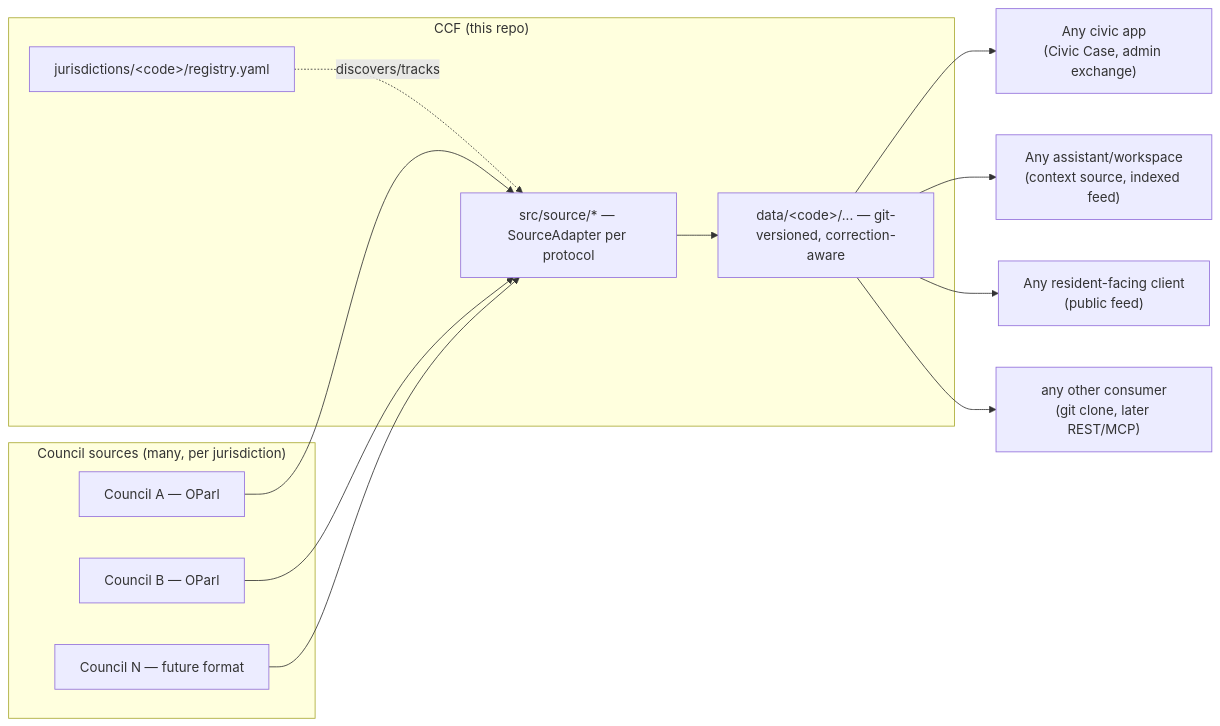
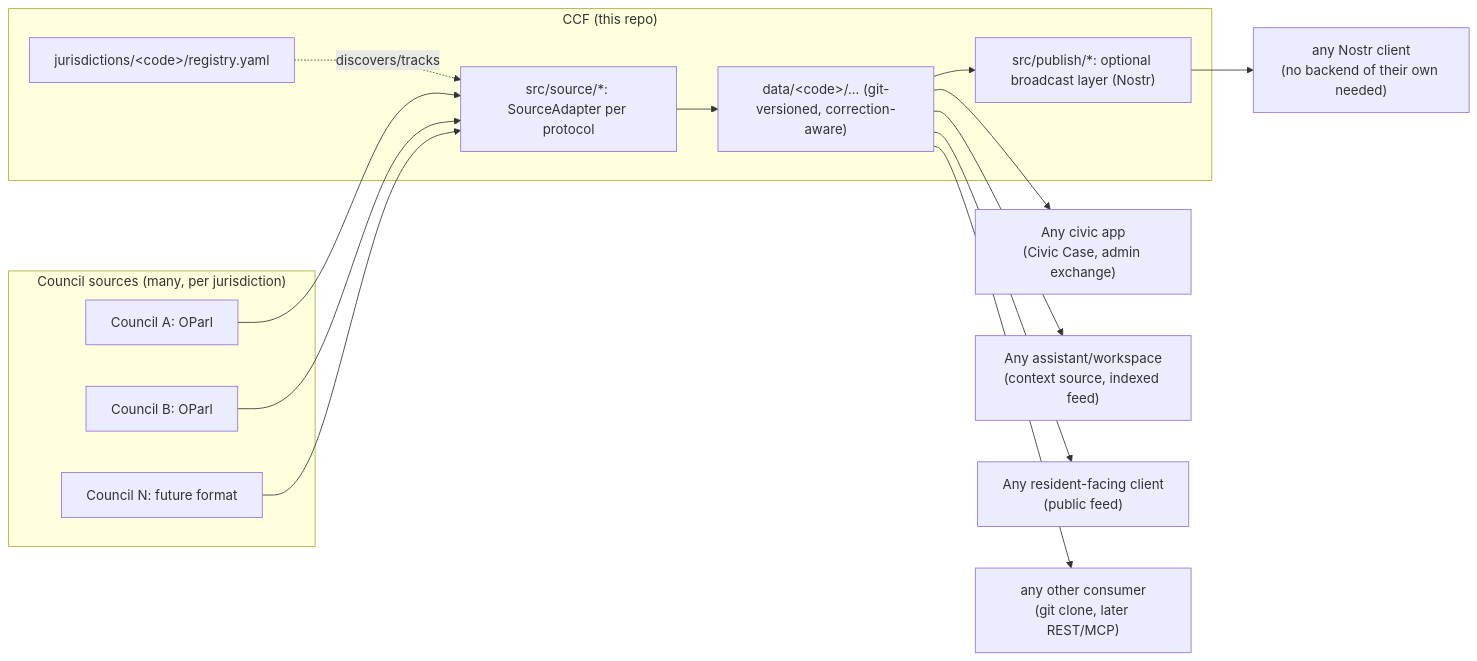
One commit to komma-systems/ccf changed the diagram in README.md. Above: the diagram before and after it, drawn with Mermaid. The commit also changed other lines of this file and 5 other files, not shown here.

````diff
--- a/README.md
+++ b/README.md
@@ -70,25 +71,28 @@
 ```mermaid
 flowchart LR
     subgraph councils["Council sources (many, per jurisdiction)"]
-        c1["Council A — OParl"]
-        c2["Council B — OParl"]
-        c3["Council N — future format"]
+        c1["Council A: OParl"]
+        c2["Council B: OParl"]
+        c3["Council N: future format"]
     end
 
     subgraph ccf["CCF (this repo)"]
-        adapters["src/source/* — SourceAdapter per protocol"]
+        adapters["src/source/*: SourceAdapter per protocol"]
         registry["jurisdictions/&lt;code&gt;/registry.yaml"]
-        store["data/&lt;code&gt;/... — git-versioned, correction-aware"]
+        store["data/&lt;code&gt;/... (git-versioned, correction-aware)"]
+        publisher["src/publish/*: optional broadcast layer (Nostr)"]
         adapters --> store
+        store --> publisher
         registry -.discovers/tracks.-> adapters
     end
 
     c1 --> adapters
     c2 --> adapters
     c3 --> adapters
 
     store --> consumer1["Any civic app<br/>(Civic Case, admin exchange)"]
     store --> consumer2["Any assistant/workspace<br/>(context source, indexed feed)"]
     store --> consumer3["Any resident-facing client<br/>(public feed)"]
     store --> consumer4["any other consumer<br/>(git clone, later REST/MCP)"]
+    publisher --> consumer5["any Nostr client<br/>(no backend of their own needed)"]
 ```
````
